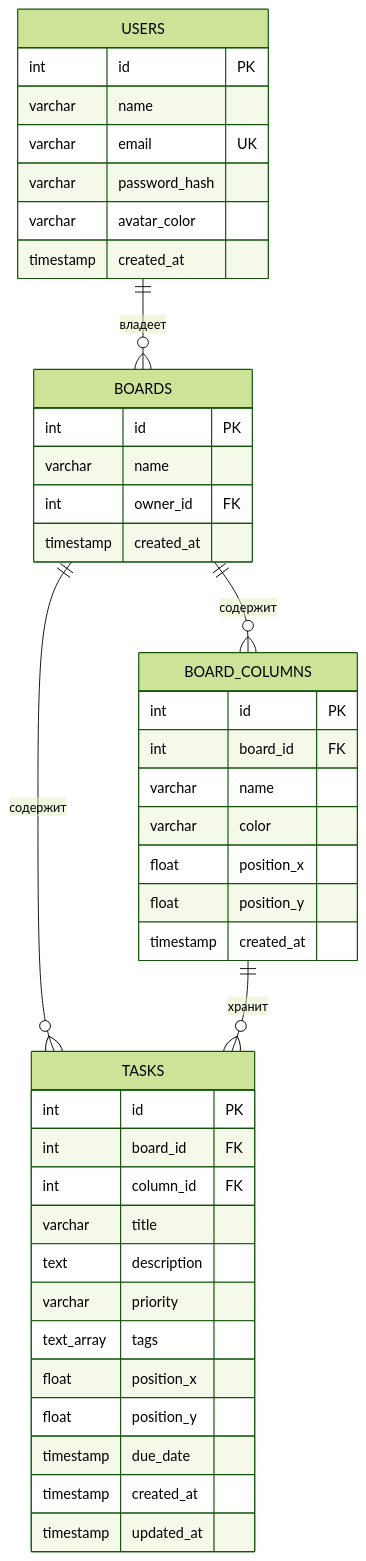
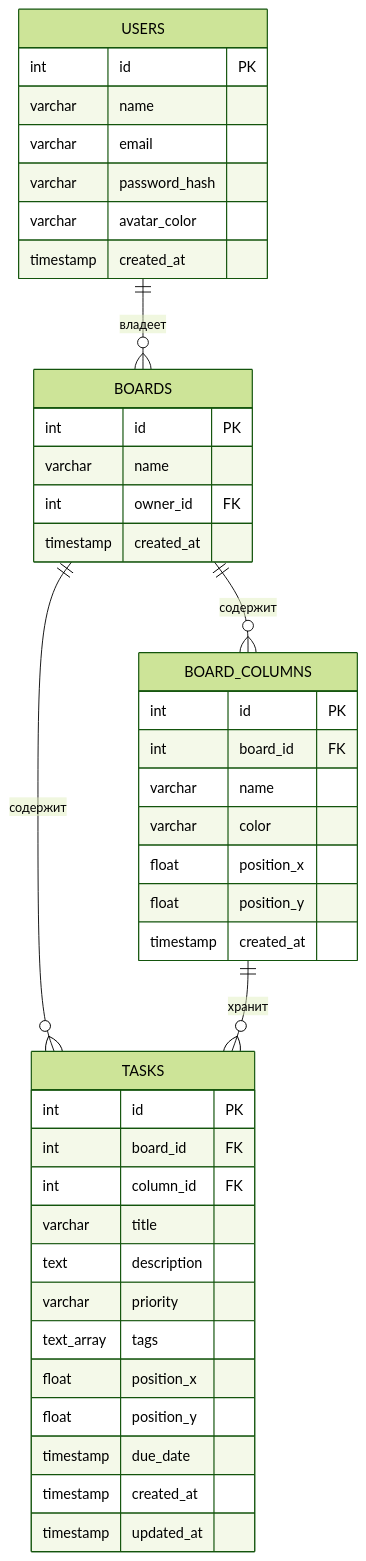
Before and after one commit to whoaskedssselery/checkly: the diagram in backend/README.md, drawn with Mermaid (forest theme). The commit also changed other lines of this file and 7 other files, not shown here.

````diff
--- a/backend/README.md
+++ b/backend/README.md
@@ -29,48 +33,48 @@
 ```mermaid
 erDiagram
     USERS ||--o{ BOARDS : "владеет"
     BOARDS ||--o{ BOARD_COLUMNS : "содержит"
     BOARDS ||--o{ TASKS : "содержит"
     BOARD_COLUMNS ||--o{ TASKS : "хранит"
 
     USERS {
         int id PK
         varchar name
-        varchar email UK
+        varchar email
         varchar password_hash
         varchar avatar_color
         timestamp created_at
     }
 
     BOARDS {
         int id PK
         varchar name
         int owner_id FK
         timestamp created_at
     }
 
     BOARD_COLUMNS {
         int id PK
         int board_id FK
         varchar name
         varchar color
         float position_x
         float position_y
         timestamp created_at
     }
 
     TASKS {
         int id PK
         int board_id FK
         int column_id FK
         varchar title
         text description
         varchar priority
         text_array tags
         float position_x
         float position_y
         timestamp due_date
         timestamp created_at
         timestamp updated_at
     }
 ```
````
